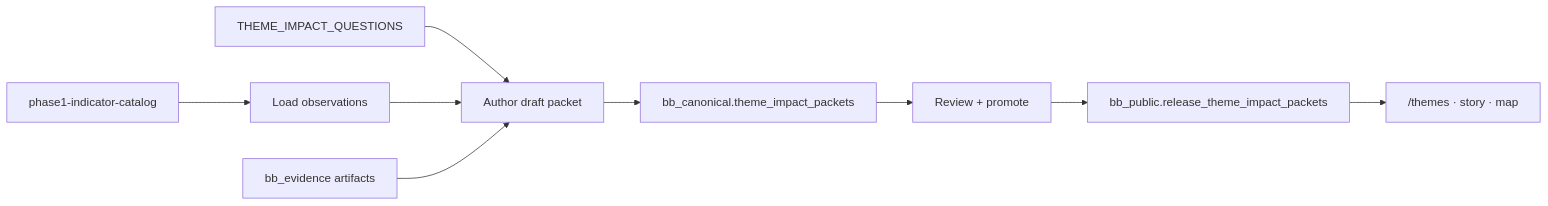
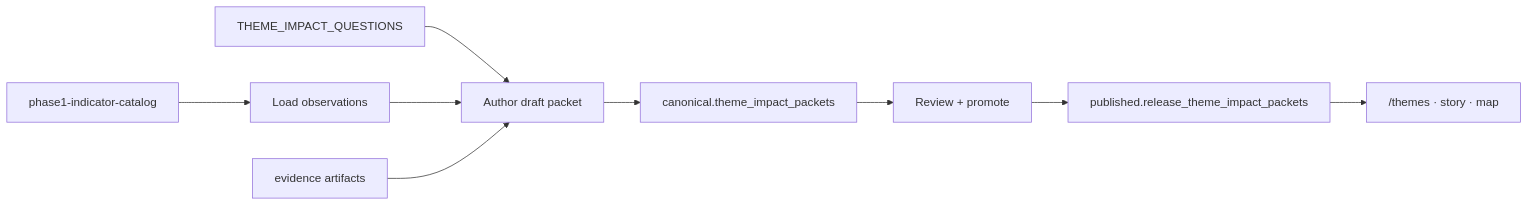
One commit to geraldmaron/blackstory changed the diagram in docs/research/theme-impact-packet-system.md. Above: the diagram before and after it, drawn with Mermaid. The commit also changed other lines of this file and 1313 other files, not shown here.

````diff
--- a/docs/research/theme-impact-packet-system.md
+++ b/docs/research/theme-impact-packet-system.md
@@ -378,11 +378,11 @@
 ```mermaid
 flowchart LR
   Q[THEME_IMPACT_QUESTIONS] --> A[Author draft packet]
   P1[phase1-indicator-catalog] --> L[Load observations]
   L --> A
-  E[bb_evidence artifacts] --> A
-  A --> D[bb_canonical.theme_impact_packets]
+  E[evidence artifacts] --> A
+  A --> D[canonical.theme_impact_packets]
   D --> R[Review + promote]
-  R --> P[bb_public.release_theme_impact_packets]
+  R --> P[published.release_theme_impact_packets]
   P --> W["/themes · story · map"]
 ```
````
